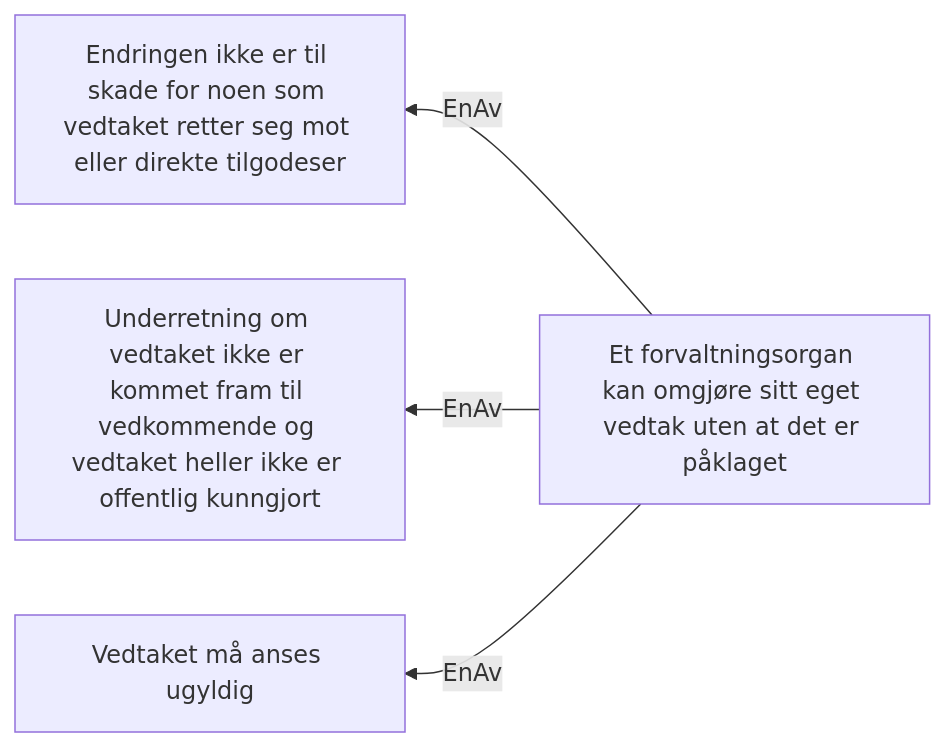
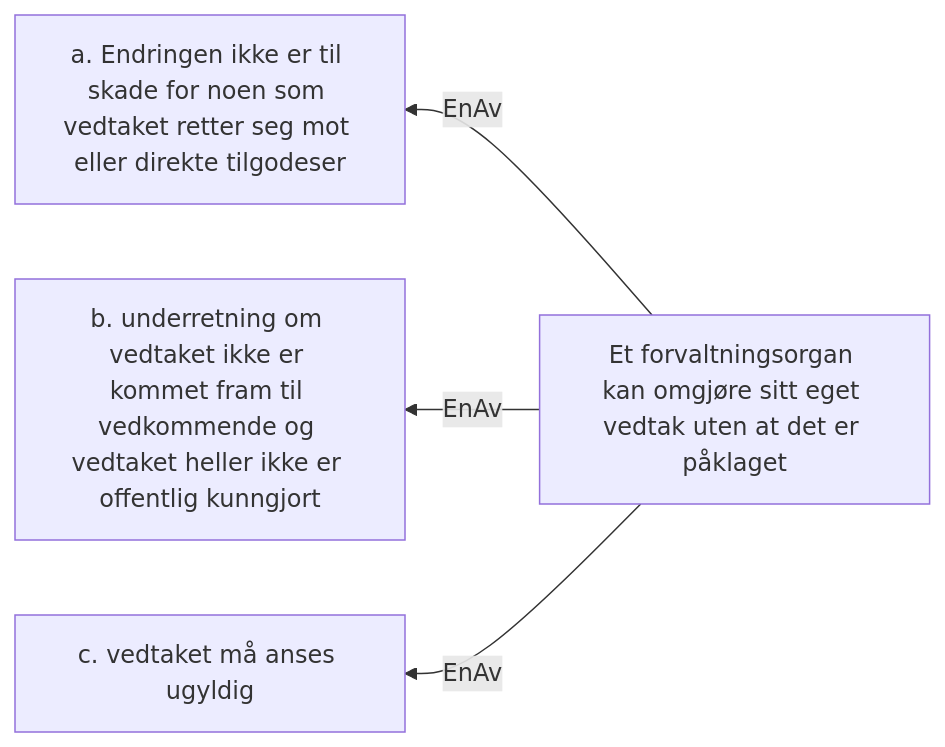
Before and after one commit to navikt/dp-behandling: the diagram in docs/regler/Forvaltningsloven § 35 1. ledd, Et forvaltningsorgan kan omgjøre sitt eget vedtak uten at det er påklaget.approved.md, drawn with Mermaid. The commit also changed 6 other files, not shown here.

````diff
--- a/docs/regler/Forvaltningsloven § 35 1. ledd, Et forvaltningsorgan kan omgjøre sitt eget vedtak uten at det er påklaget.approved.md
+++ b/docs/regler/Forvaltningsloven § 35 1. ledd, Et forvaltningsorgan kan omgjøre sitt eget vedtak uten at det er påklaget.approved.md
@@ -5,6 +5,6 @@
 ```mermaid
 graph RL
-  A["Et forvaltningsorgan kan omgjøre sitt eget vedtak uten at det er påklaget"] -->|"EnAv"| B["Endringen ikke er til skade for noen som vedtaket retter seg mot eller direkte tilgodeser"]
-  A["Et forvaltningsorgan kan omgjøre sitt eget vedtak uten at det er påklaget"] -->|"EnAv"| C["Underretning om vedtaket ikke er kommet fram til vedkommende og vedtaket heller ikke er offentlig kunngjort"]
-  A["Et forvaltningsorgan kan omgjøre sitt eget vedtak uten at det er påklaget"] -->|"EnAv"| D["Vedtaket må anses ugyldig"]
+  A["Et forvaltningsorgan kan omgjøre sitt eget vedtak uten at det er påklaget"] -->|"EnAv"| B["a. Endringen ikke er til skade for noen som vedtaket retter seg mot eller direkte tilgodeser"]
+  A["Et forvaltningsorgan kan omgjøre sitt eget vedtak uten at det er påklaget"] -->|"EnAv"| C["b. underretning om vedtaket ikke er kommet fram til vedkommende og vedtaket heller ikke er offentlig kunngjort"]
+  A["Et forvaltningsorgan kan omgjøre sitt eget vedtak uten at det er påklaget"] -->|"EnAv"| D["c. vedtaket må anses ugyldig"]
 ```
````
